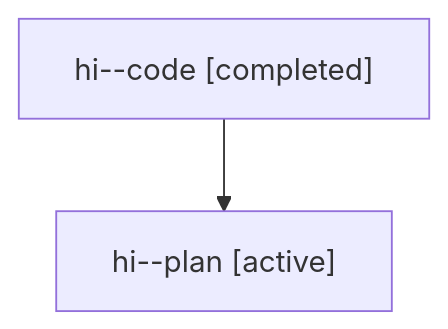
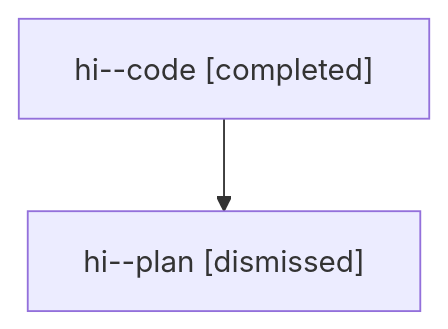
The diagram in sessions/bbugyi200.athena.hi.md (sase-org/sase--agents), drawn with Mermaid before and after one commit. The commit also changed other lines of this file and 34 other files, not shown here.

````diff
--- a/sessions/bbugyi200.athena.hi.md
+++ b/sessions/bbugyi200.athena.hi.md
@@ -9,6 +9,6 @@
 ```mermaid
 flowchart TD
   n0["hi--code [completed]"]
-  n1["hi--plan [active]"]
+  n1["hi--plan [dismissed]"]
   n0 --> n1
 ```
````
